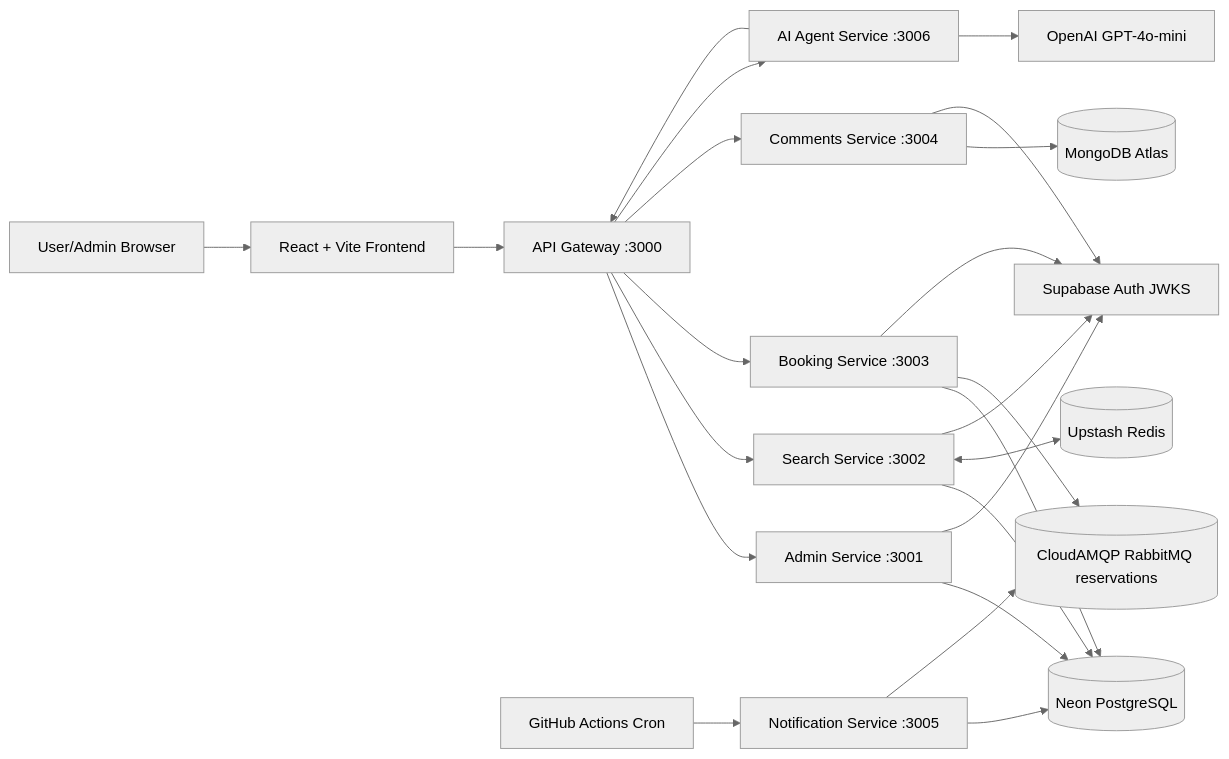
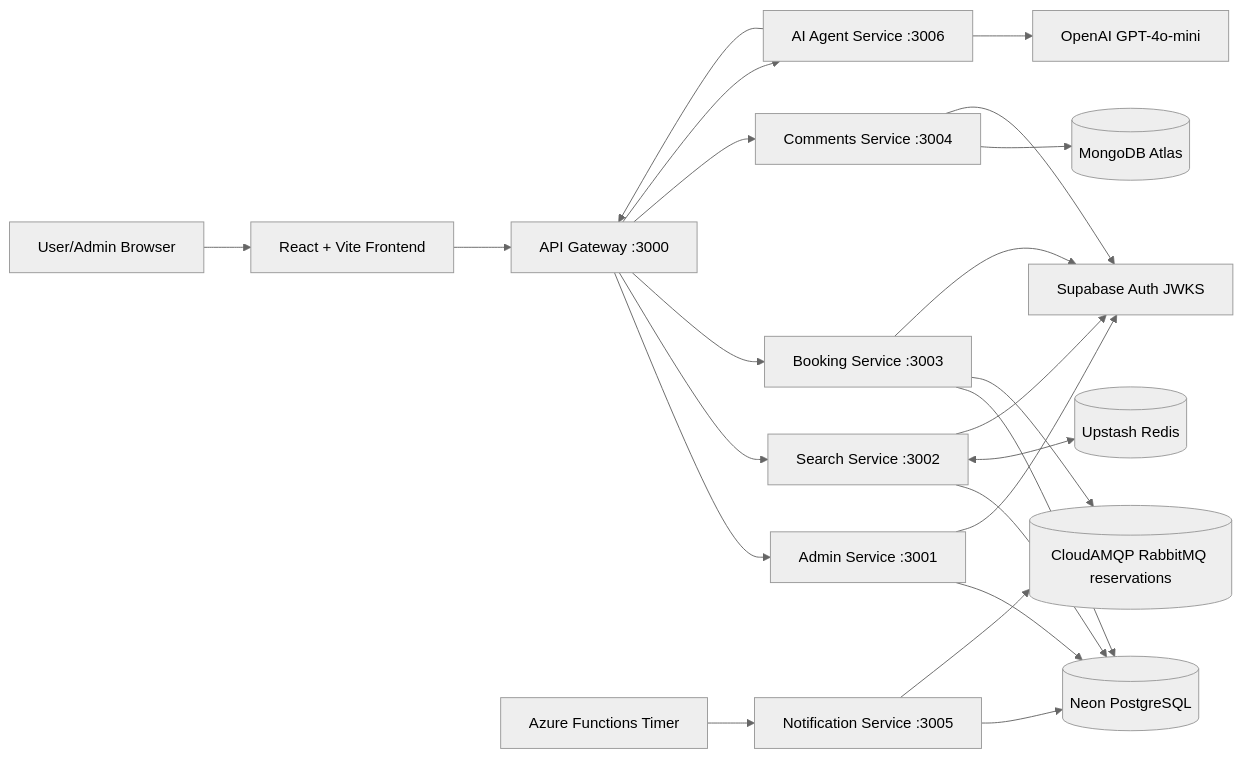
The first of 2 diagrams in docs/architecture.md (berk4tes/hotel-booking-system), drawn with Mermaid (neutral theme) before and after one commit. The commit also changed 11 other files, not shown here.

Commit message:
chore: switch scheduler deployment to azure

````diff
--- a/docs/architecture.md
+++ b/docs/architecture.md
@@ -3,32 +3,32 @@
 ```mermaid
 flowchart LR
   User[User/Admin Browser] --> Frontend[React + Vite Frontend]
   Frontend --> Gateway[API Gateway :3000]
 
   Gateway --> Admin[Admin Service :3001]
   Gateway --> Search[Search Service :3002]
   Gateway --> Booking[Booking Service :3003]
   Gateway --> Comments[Comments Service :3004]
   Gateway --> AI[AI Agent Service :3006]
 
-  Scheduler[GitHub Actions Cron] --> Notification[Notification Service :3005]
+  Scheduler[Azure Functions Timer] --> Notification[Notification Service :3005]
 
   Admin --> Postgres[(Neon PostgreSQL)]
   Search --> Postgres
   Booking --> Postgres
   Notification --> Postgres
 
   Search <--> Redis[(Upstash Redis)]
   Comments --> Mongo[(MongoDB Atlas)]
 
   Booking --> Queue[(CloudAMQP RabbitMQ reservations)]
   Notification --> Queue
 
   AI --> Gateway
   AI --> OpenAI[OpenAI GPT-4o-mini]
 
   Admin --> Supabase[Supabase Auth JWKS]
   Search --> Supabase
   Booking --> Supabase
   Comments --> Supabase
 ```
````
